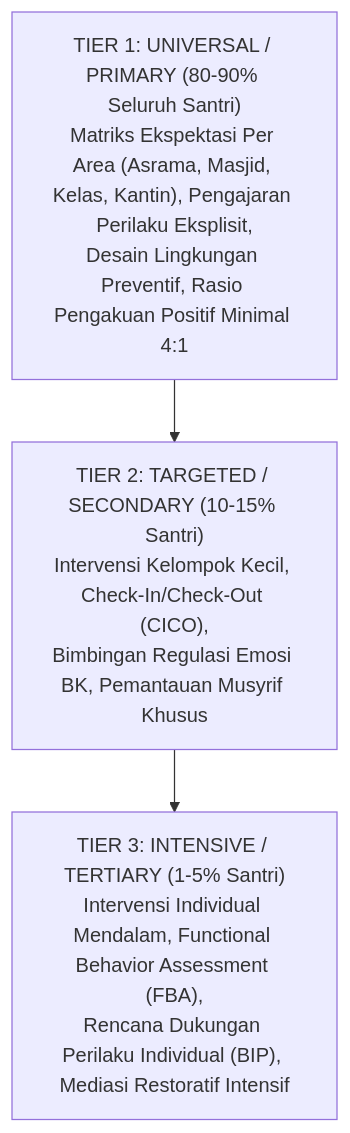
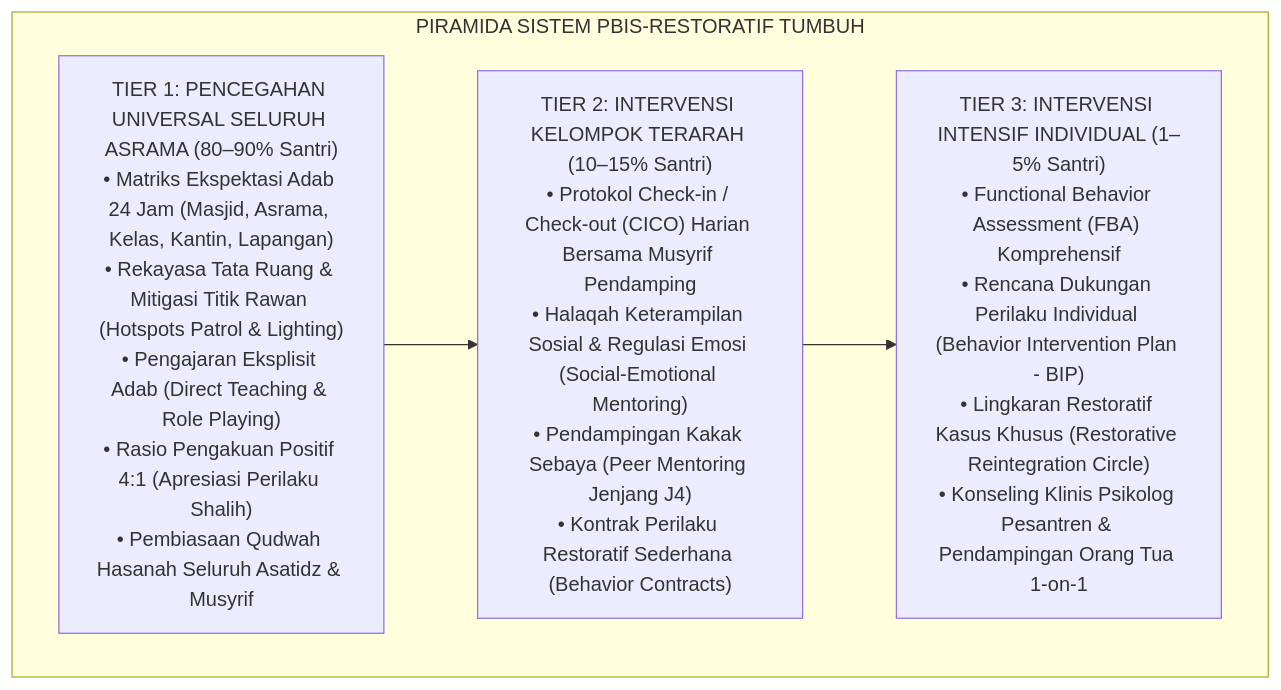
One commit to wandiapriliyandi/tumbuh changed the first of 2 diagrams in .agents/skills/pakar-arsitektur-pbis-restoratif/SKILL.md. Above: the diagram before and after it, drawn with Mermaid. The commit also changed other lines of this file and 22 other files, not shown here.

````diff
--- a/.agents/skills/pakar-arsitektur-pbis-restoratif/SKILL.md
+++ b/.agents/skills/pakar-arsitektur-pbis-restoratif/SKILL.md
@@ -17,9 +37,12 @@
 ```mermaid
 graph TD
-    Tier3["TIER 3: INTENSIVE / TERTIARY (1-5% Santri)<br/>Intervensi Individual Mendalam, Functional Behavior Assessment (FBA),<br/>Rencana Dukungan Perilaku Individual (BIP), Mediasi Restoratif Intensif"]
-    Tier2["TIER 2: TARGETED / SECONDARY (10-15% Santri)<br/>Intervensi Kelompok Kecil, Check-In/Check-Out (CICO),<br/>Bimbingan Regulasi Emosi BK, Pemantauan Musyrif Khusus"]
-    Tier1["TIER 1: UNIVERSAL / PRIMARY (80-90% Seluruh Santri)<br/>Matriks Ekspektasi Per Area (Asrama, Masjid, Kelas, Kantin), Pengajaran Perilaku Eksplisit,<br/>Desain Lingkungan Preventif, Rasio Pengakuan Positif Minimal 4:1"]
-
-    Tier1 --> Tier2
-    Tier2 --> Tier3
+    subgraph MultiTierPBIS["PIRAMIDA SISTEM PBIS-RESTORATIF TUMBUH"]
+        T3["TIER 3: INTERVENSI INTENSIF INDIVIDUAL (1–5% Santri)<br/>• Functional Behavior Assessment (FBA) Komprehensif<br/>• Rencana Dukungan Perilaku Individual (Behavior Intervention Plan - BIP)<br/>• Lingkaran Restoratif Kasus Khusus (Restorative Reintegration Circle)<br/>• Konseling Klinis Psikolog Pesantren & Pendampingan Orang Tua 1-on-1"]
+        
+        T2["TIER 2: INTERVENSI KELOMPOK TERARAH (10–15% Santri)<br/>• Protokol Check-in / Check-out (CICO) Harian Bersama Musyrif Pendamping<br/>• Halaqah Keterampilan Sosial & Regulasi Emosi (Social-Emotional Mentoring)<br/>• Pendampingan Kakak Sebaya (Peer Mentoring Jenjang J4)<br/>• Kontrak Perilaku Restoratif Sederhana (Behavior Contracts)"]
+        
+        T1["TIER 1: PENCEGAHAN UNIVERSAL SELURUH ASRAMA (80–90% Santri)<br/>• Matriks Ekspektasi Adab 24 Jam (Masjid, Asrama, Kelas, Kantin, Lapangan)<br/>• Rekayasa Tata Ruang & Mitigasi Titik Rawan (Hotspots Patrol & Lighting)<br/>• Pengajaran Eksplisit Adab (Direct Teaching & Role Playing)<br/>• Rasio Pengakuan Positif 4:1 (Apresiasi Perilaku Shalih)<br/>• Pembiasaan Qudwah Hasanah Seluruh Asatidz & Musyrif"]
+        
+        T1 --> T2 --> T3
+    end
 ```
````
